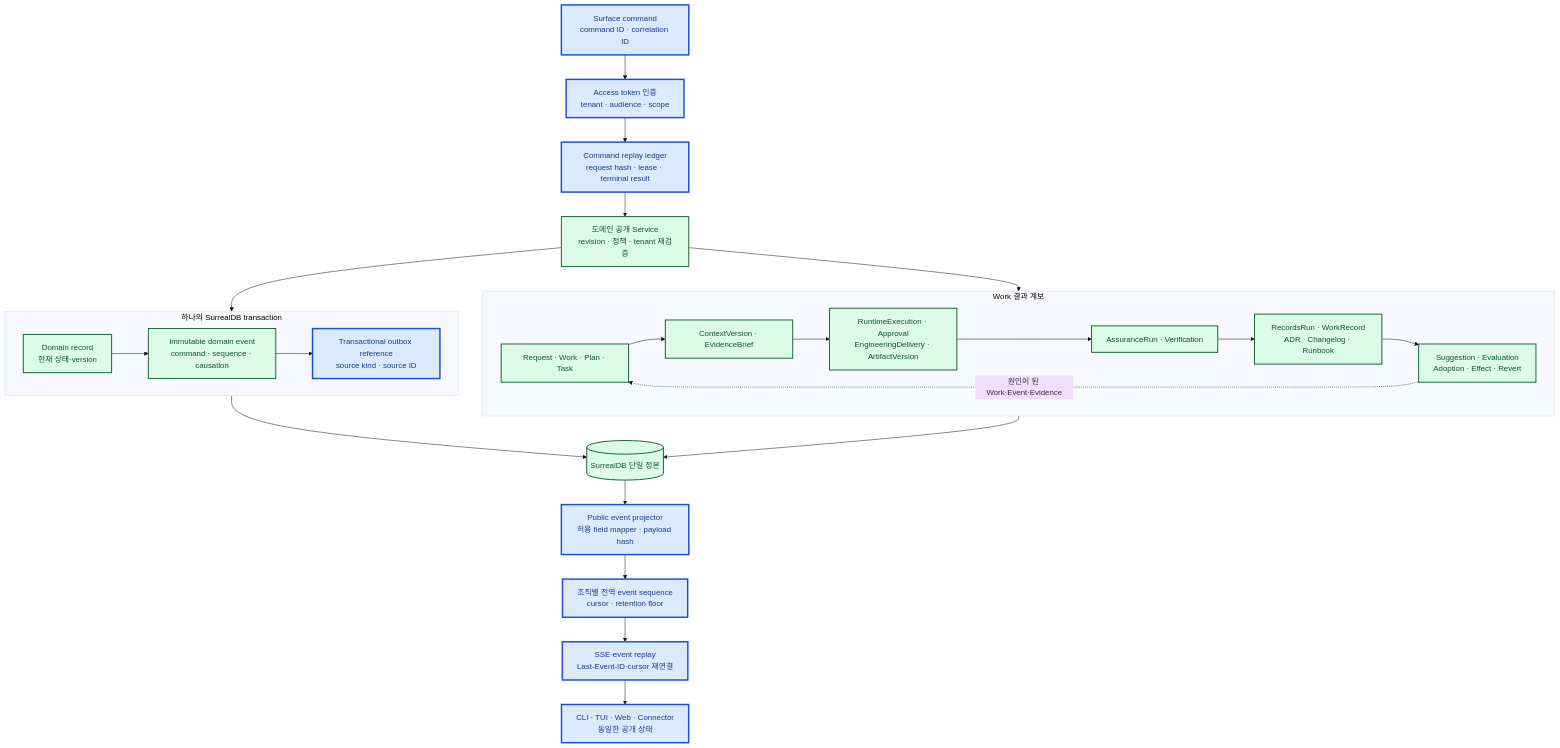
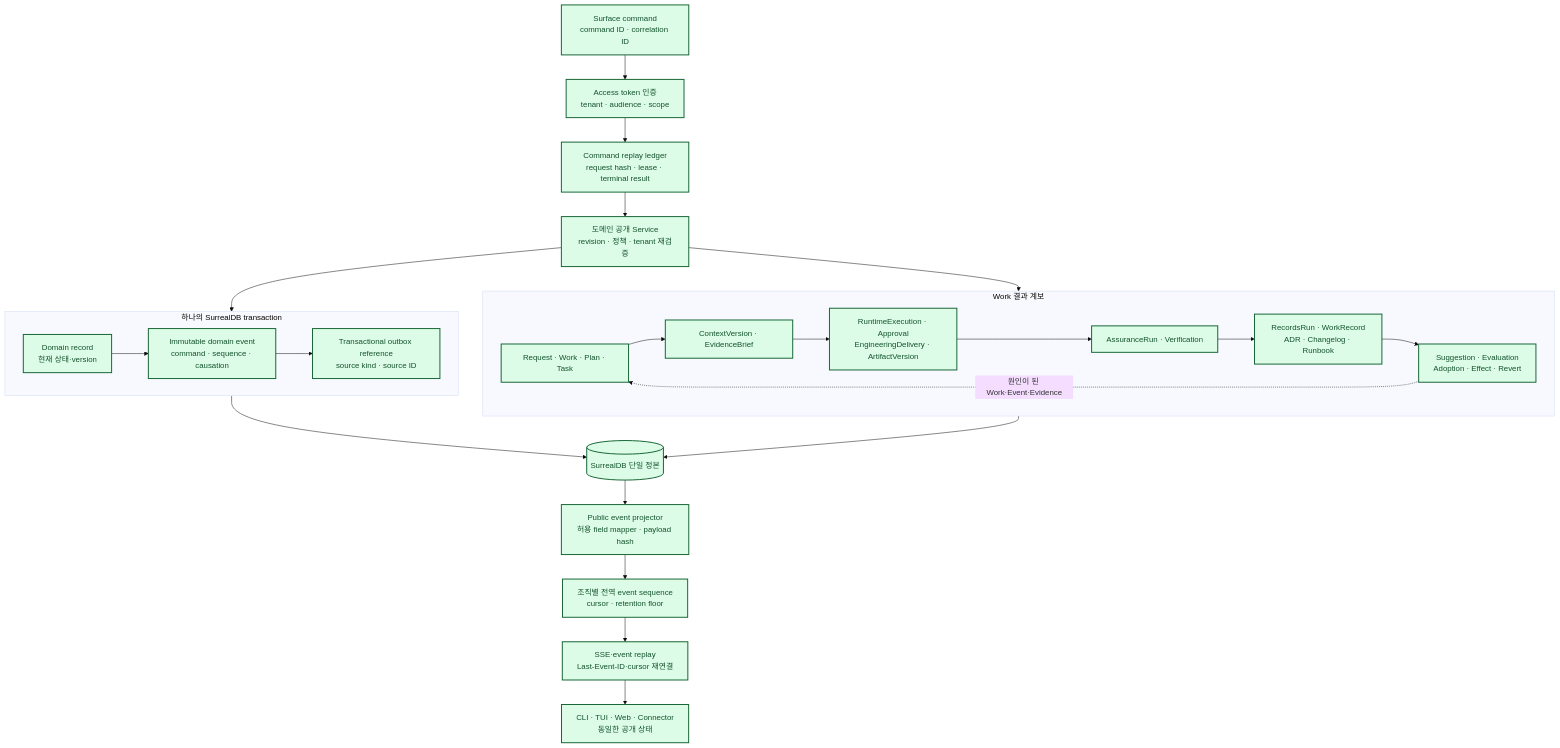
Before and after one commit to jabdori/massion: the eighth of 10 diagrams in docs/architecture/README.md, drawn with Mermaid (base theme). The commit also changed other lines of this file and 43 other files, not shown here.

````diff
--- a/docs/architecture/README.md
+++ b/docs/architecture/README.md
@@ -454,53 +454,53 @@
 ```mermaid
 flowchart TB
   classDef implemented fill:#dcfce7,stroke:#166534,color:#14532d,stroke-width:2px;
   classDef implementing fill:#dbeafe,stroke:#1d4ed8,color:#1e3a8a,stroke-width:3px;
   classDef planned fill:#f3f4f6,stroke:#6b7280,color:#374151,stroke-width:1px,stroke-dasharray:5 5;
   classDef external fill:#ffedd5,stroke:#c2410c,color:#7c2d12,stroke-width:2px;
 
-  Surface["Surface command<br/>command ID · correlation ID"]:::implementing
-  Auth["Access token 인증<br/>tenant · audience · scope"]:::implementing
-  Ledger["Command replay ledger<br/>request hash · lease · terminal result"]:::implementing
+  Surface["Surface command<br/>command ID · correlation ID"]:::implemented
+  Auth["Access token 인증<br/>tenant · audience · scope"]:::implemented
+  Ledger["Command replay ledger<br/>request hash · lease · terminal result"]:::implemented
   Domain["도메인 공개 Service<br/>revision · 정책 · tenant 재검증"]:::implemented
 
   subgraph Transaction["하나의 SurrealDB transaction"]
     Record["Domain record<br/>현재 상태·version"]:::implemented
     Event["Immutable domain event<br/>command · sequence · causation"]:::implemented
-    Outbox["Transactional outbox reference<br/>source kind · source ID"]:::implementing
+    Outbox["Transactional outbox reference<br/>source kind · source ID"]:::implemented
     Record --> Event
     Event --> Outbox
   end
 
-  Projector["Public event projector<br/>허용 field mapper · payload hash"]:::implementing
-  Sequence["조직별 전역 event sequence<br/>cursor · retention floor"]:::implementing
-  SSE["SSE·event replay<br/>Last-Event-ID·cursor 재연결"]:::implementing
-  Observer["CLI · TUI · Web · Connector<br/>동일한 공개 상태"]:::implementing
+  Projector["Public event projector<br/>허용 field mapper · payload hash"]:::implemented
+  Sequence["조직별 전역 event sequence<br/>cursor · retention floor"]:::implemented
+  SSE["SSE·event replay<br/>Last-Event-ID·cursor 재연결"]:::implemented
+  Observer["CLI · TUI · Web · Connector<br/>동일한 공개 상태"]:::implemented
   DB[("SurrealDB 단일 정본")]:::implemented
 
   subgraph Lineage["Work 결과 계보"]
     Work["Request · Work · Plan · Task"]:::implemented
     Context["ContextVersion · EvidenceBrief"]:::implemented
     Execution["RuntimeExecution · Approval<br/>EngineeringDelivery · ArtifactVersion"]:::implemented
     Verification["AssuranceRun · Verification"]:::implemented
     Records["RecordsRun · WorkRecord<br/>ADR · Changelog · Runbook"]:::implemented
     Growth["Suggestion · Evaluation<br/>Adoption · Effect · Revert"]:::implemented
     Work --> Context
     Context --> Execution
     Execution --> Verification
     Verification --> Records
     Records --> Growth
     Growth -. "원인이 된 Work·Event·Evidence" .-> Work
   end
 
   Surface --> Auth
   Auth --> Ledger
   Ledger --> Domain
   Domain --> Transaction
   Transaction --> DB
   DB --> Projector
   Projector --> Sequence
   Sequence --> SSE
   SSE --> Observer
   Domain --> Lineage
   Lineage --> DB
 ```
````
